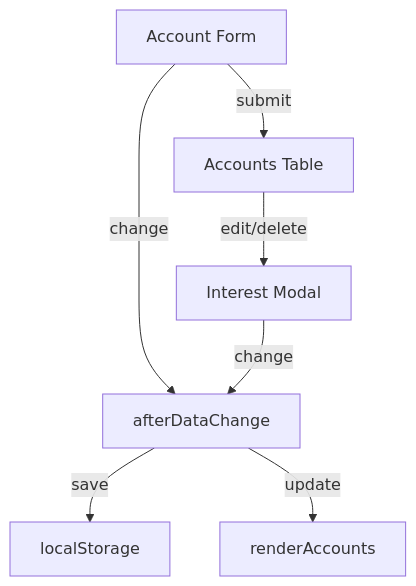
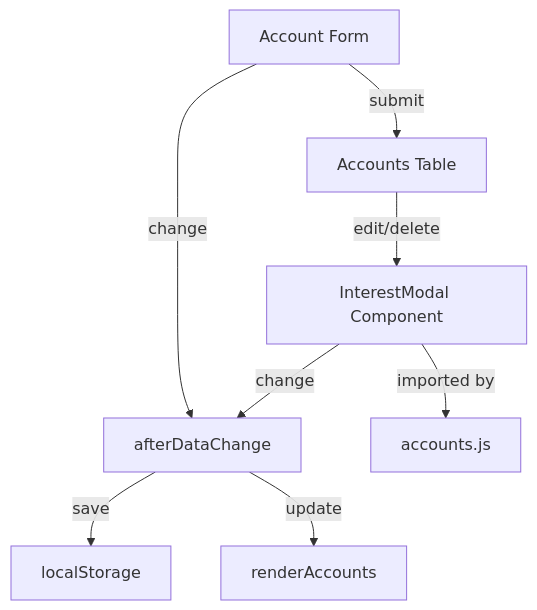
The diagram in Documentation/accounts.md (BicycleJeanre/ftrack), drawn with Mermaid before and after one commit. The commit also changed other lines of this file and 5 other files, not shown here.

Commit message:
Refactor: Modularize accounts interest modal, update docs, prep for Electron conversion

````diff
--- a/Documentation/accounts.md
+++ b/Documentation/accounts.md
@@ -19,8 +20,9 @@
 ```mermaid
 flowchart TD
   Form[Account Form] -->|submit| Table[Accounts Table]
-  Table -->|edit/delete| Modal[Interest Modal]
+  Table -->|edit/delete| Modal[InterestModal Component]
   Form & Modal -->|change| afterDataChange
   afterDataChange -->|save| localStorage
   afterDataChange -->|update| renderAccounts
+  Modal -->|imported by| AccountsJS[accounts.js]
 ```
````
